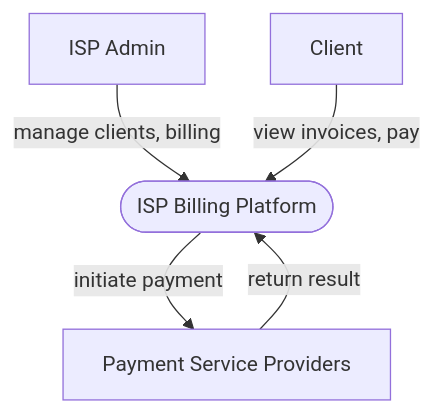
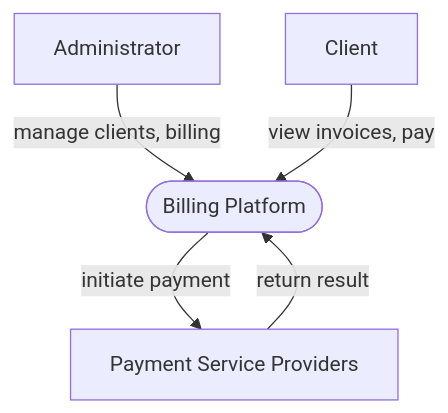
The diagram in docs/architecture/c4/system-context.md (m000gg/unit-billing), drawn with Mermaid before and after one commit. The commit also changed other lines of this file and 7 other files, not shown here.

````diff
--- a/docs/architecture/c4/system-context.md
+++ b/docs/architecture/c4/system-context.md
@@ -79,7 +79,7 @@
 ```mermaid
-flowchart TD  
-    A[ISP Admin] -->|manage clients, billing| B([ISP Billing Platform])
-    C[Client] -->|view invoices, pay| B([ISP Billing Platform])
-    B([ISP Billing Platform]) -->|initiate payment| D[Payment Service Providers]
-    D[Payment Service Providers] -->|return result| B([ISP Billing Platform])
+flowchart TD
+  A[Administrator] -->|manage clients, billing| B([Billing Platform])
+  C[Client] -->|view invoices, pay| B([Billing Platform])
+  B([Billing Platform]) -->|initiate payment| D[Payment Service Providers]
+  D[Payment Service Providers] -->|return result| B([Billing Platform])
 ```
````
